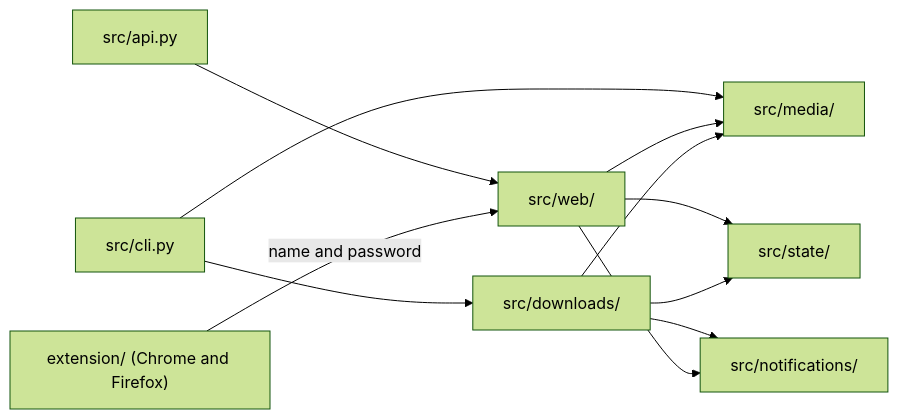
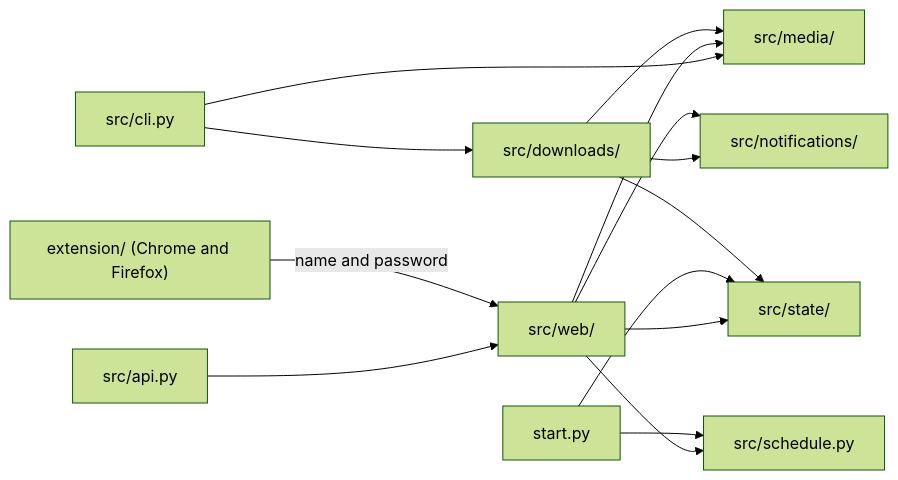
Before and after one commit to GerardWu100/podcast-downloader: the diagram in docs/architecture.md, drawn with Mermaid (forest theme). The commit also changed other lines of this file and 28 other files, not shown here.

````diff
--- a/docs/architecture.md
+++ b/docs/architecture.md
@@ -10,13 +10,16 @@
 ```mermaid
 flowchart LR
     API["src/api.py"] --> Web["src/web/"]
     Extension["extension/ (Chrome and Firefox)"] -->|"name and password"| Web
     CLI["src/cli.py"] --> Downloads["src/downloads/"]
     CLI --> Media["src/media/"]
     Web --> Media
     Web --> State["src/state/"]
+    Web --> Schedule["src/schedule.py"]
+    Start["start.py"] --> Schedule
+    Start --> State
     Downloads --> Media
     Downloads --> State
     Downloads --> Notify["src/notifications/"]
     Web --> Notify
 ```
````
